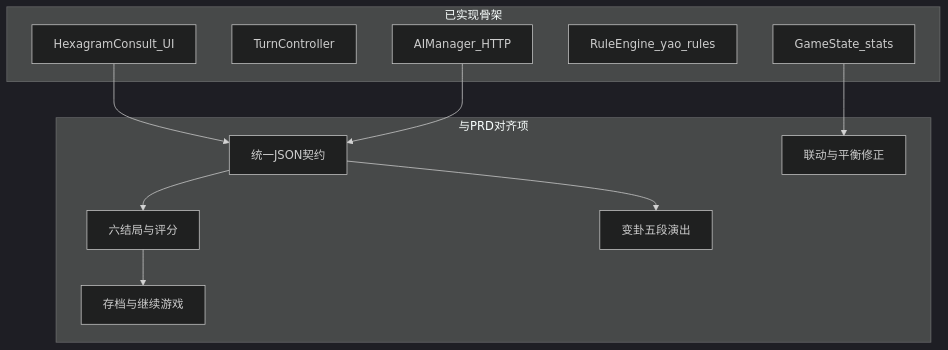
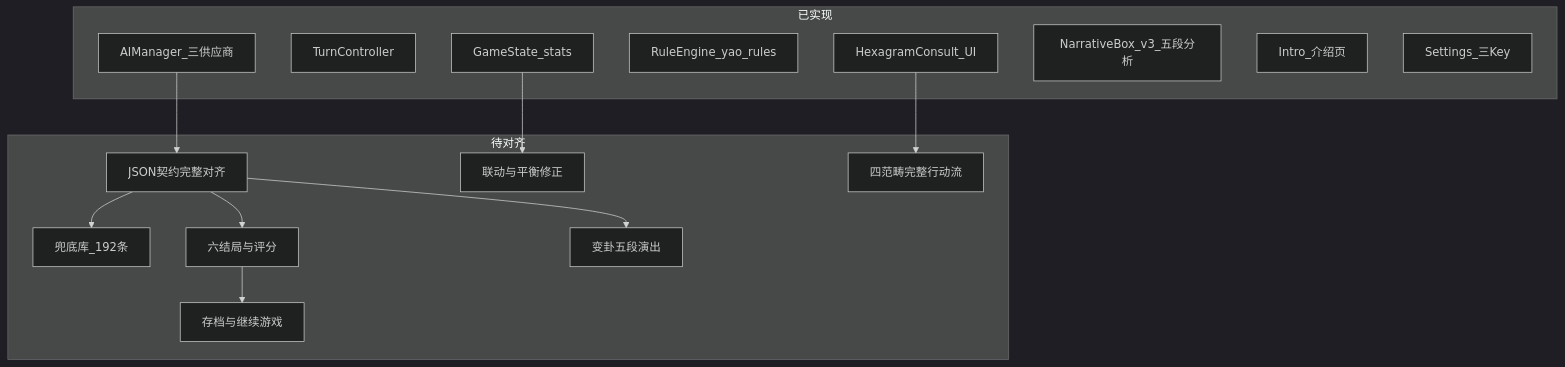
Before and after one commit to aassllaann/2D-Strategy-Game: the diagram in prd_后续任务规划_0f3adc15.plan.md, drawn with Mermaid (dark theme). The commit also changed other lines of this file and 7 other files, not shown here.

````diff
--- a/prd_后续任务规划_0f3adc15.plan.md
+++ b/prd_后续任务规划_0f3adc15.plan.md
@@ -30,23 +52,29 @@
 ```mermaid
 flowchart TD
-  subgraph done [已实现骨架]
+  subgraph done [已实现]
     UI[HexagramConsult_UI]
     TC[TurnController]
-    AI[AIManager_HTTP]
+    AI[AIManager_三供应商]
     RE[RuleEngine_yao_rules]
     GS[GameState_stats]
+    NB[NarrativeBox_v3_五段分析]
+    Intro[Intro_介绍页]
+    Set[Settings_三Key]
   end
-  subgraph gap [与PRD对齐项]
-    Schema[统一JSON契约]
+  subgraph gap [待对齐]
+    Schema[JSON契约完整对齐]
+    Fallback[兜底库_192条]
     End6[六结局与评分]
     Save[存档与继续游戏]
     FX[变卦五段演出]
     Bal[联动与平衡修正]
+    Actions[四范畴完整行动流]
   end
-  UI --> Schema
   AI --> Schema
+  Schema --> Fallback
   Schema --> End6
   End6 --> Save
   Schema --> FX
   GS --> Bal
+  UI --> Actions
 ```
````
